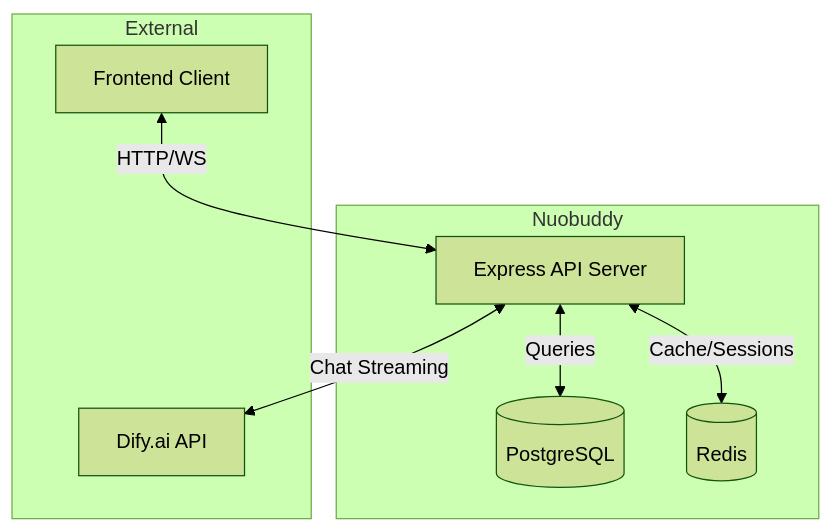
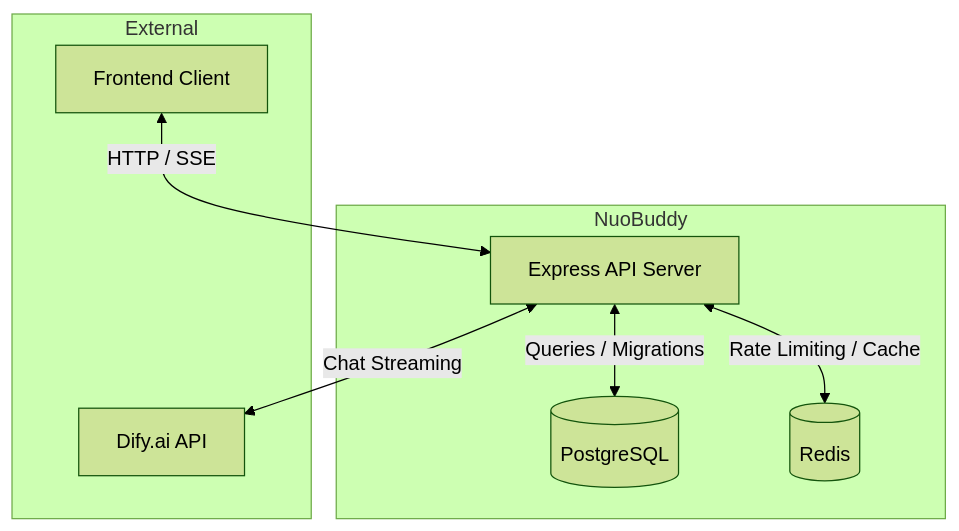
Before and after one commit to nuobuddy/backend: the first of 2 diagrams in README.md, drawn with Mermaid (forest theme). The commit also changed other lines of this file, not shown here.

````diff
--- a/README.md
+++ b/README.md
@@ -21,18 +34,18 @@
 ```mermaid
 graph TB
     subgraph External
         Client["Frontend Client"]
         Dify["Dify.ai API"]
     end
 
-    subgraph Nuobuddy
+    subgraph NuoBuddy
         API["Express API Server"]
         DB[(PostgreSQL)]
         Cache[(Redis)]
     end
 
-    Client <-->|HTTP/WS| API
+    Client <-->|HTTP / SSE| API
     API <-->|Chat Streaming| Dify
-    API <-->|Queries| DB
-    API <-->|Cache/Sessions| Cache
+    API <-->|Queries / Migrations| DB
+    API <-->|Rate Limiting / Cache| Cache
 ```
````
